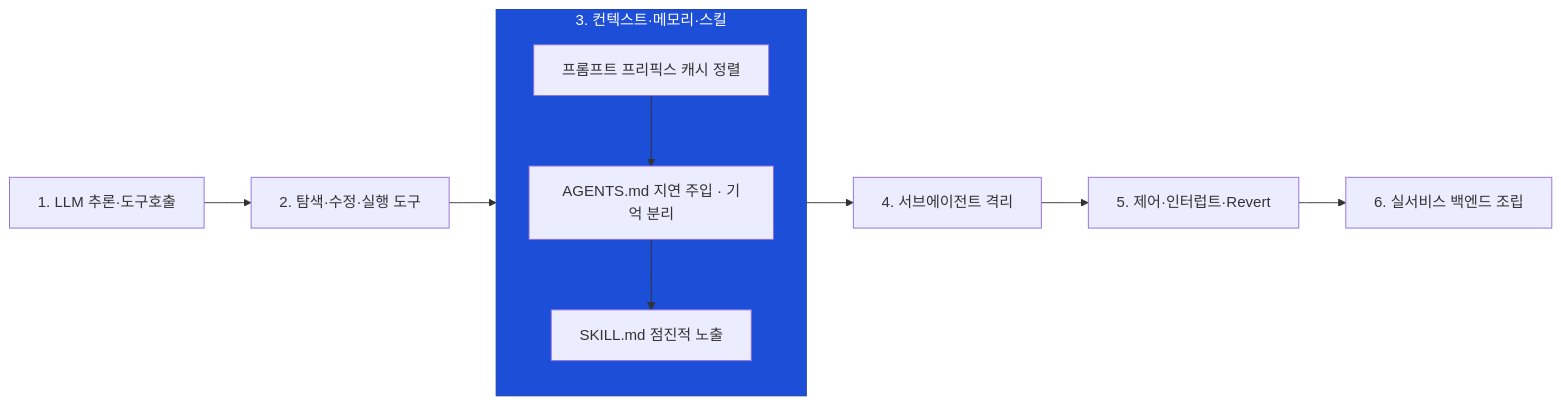
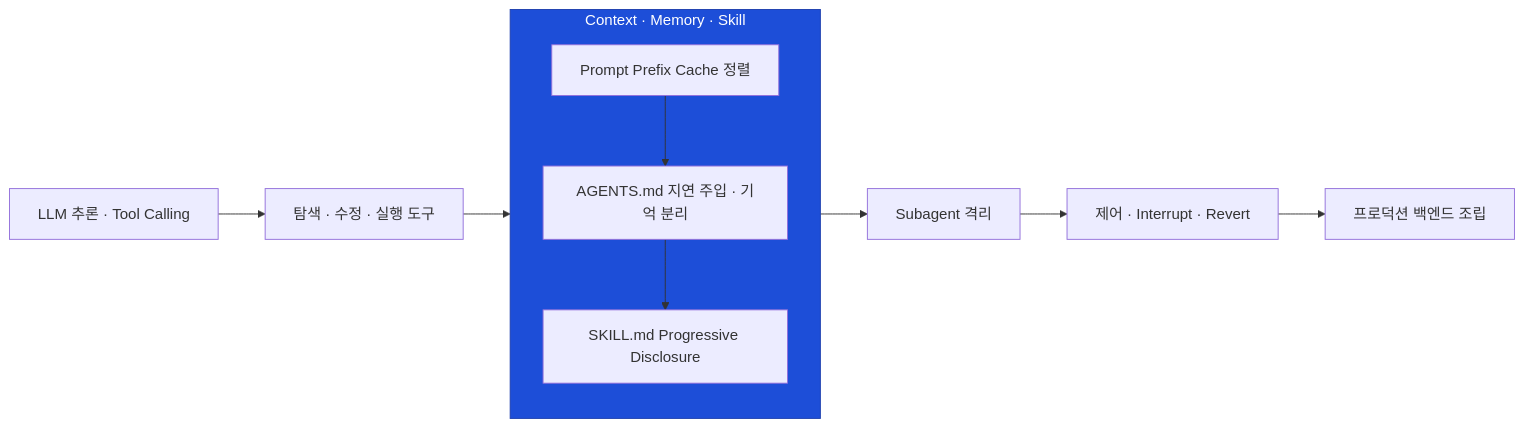
Before and after one commit to Abyssey/anvil: the sixth of 12 diagrams in docs/coding-agent-study.md, drawn with Mermaid. The commit also changed other lines of this file and 3 other files, not shown here.

````diff
--- a/docs/coding-agent-study.md
+++ b/docs/coding-agent-study.md
@@ -303,14 +312,14 @@
 ```mermaid
 flowchart LR
-  S1["1. LLM 추론·도구호출"]
-  S2["2. 탐색·수정·실행 도구"]
-  subgraph S3["3. 컨텍스트·메모리·스킬"]
+  S1["LLM 추론 · Tool Calling"]
+  S2["탐색 · 수정 · 실행 도구"]
+  subgraph S3["Context · Memory · Skill"]
     direction TB
-    S3A["프롬프트 프리픽스 캐시 정렬"] --> S3B["AGENTS.md 지연 주입 · 기억 분리"] --> S3C["SKILL.md 점진적 노출"]
+    S3A["Prompt Prefix Cache 정렬"] --> S3B["AGENTS.md 지연 주입 · 기억 분리"] --> S3C["SKILL.md Progressive Disclosure"]
   end
-  S4["4. 서브에이전트 격리"]
-  S5["5. 제어·인터럽트·Revert"]
-  S6["6. 실서비스 백엔드 조립"]
+  S4["Subagent 격리"]
+  S5["제어 · Interrupt · Revert"]
+  S6["프로덕션 백엔드 조립"]
   S1 --> S2 --> S3 --> S4 --> S5 --> S6
   style S3 fill:#1d4ed8,stroke:#1e40af,color:#ffffff
 ```
````
